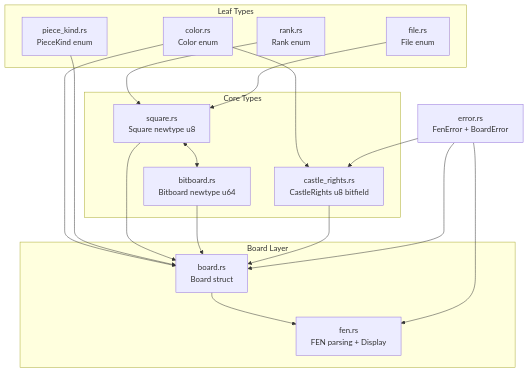
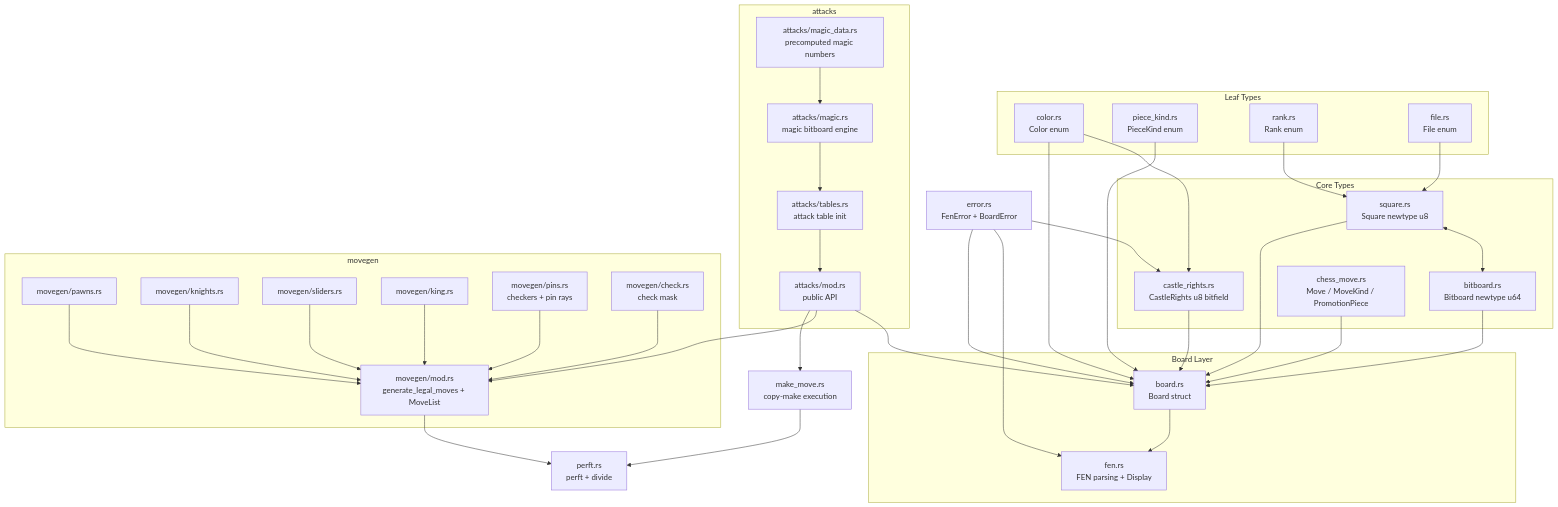
Before and after one commit to CooperBigFoot/cesso: the diagram in crates/cesso-core/README.md, drawn with Mermaid. The commit also changed other lines of this file and 14 other files, not shown here.

First line of the commit message:
feat(core): implement move generation, legality checking, and perft (component 3)

````diff
--- a/crates/cesso-core/README.md
+++ b/crates/cesso-core/README.md
@@ -11,36 +12,74 @@
 ```mermaid
 graph TD
     subgraph Leaf Types
         Color[color.rs<br/>Color enum]
         PieceKind[piece_kind.rs<br/>PieceKind enum]
         Rank[rank.rs<br/>Rank enum]
         File[file.rs<br/>File enum]
     end
 
     subgraph Core Types
         Square[square.rs<br/>Square newtype u8]
         Bitboard[bitboard.rs<br/>Bitboard newtype u64]
         CastleRights[castle_rights.rs<br/>CastleRights u8 bitfield]
+        Move[chess_move.rs<br/>Move / MoveKind / PromotionPiece]
     end
 
     subgraph Board Layer
         Board[board.rs<br/>Board struct]
         FEN[fen.rs<br/>FEN parsing + Display]
     end
 
+    subgraph attacks
+        AttacksMod[attacks/mod.rs<br/>public API]
+        Magic[attacks/magic.rs<br/>magic bitboard engine]
+        Tables[attacks/tables.rs<br/>attack table init]
+        MagicData[attacks/magic_data.rs<br/>precomputed magic numbers]
+    end
+
+    subgraph movegen
+        MovegenMod[movegen/mod.rs<br/>generate_legal_moves + MoveList]
+        Pawns[movegen/pawns.rs]
+        Knights[movegen/knights.rs]
+        Sliders[movegen/sliders.rs]
+        King[movegen/king.rs]
+        Pins[movegen/pins.rs<br/>checkers + pin rays]
+        Check[movegen/check.rs<br/>check mask]
+    end
+
+    MakeMove[make_move.rs<br/>copy-make execution]
+    Perft[perft.rs<br/>perft + divide]
     Error[error.rs<br/>FenError + BoardError]
 
     Rank --> Square
     File --> Square
     Square <--> Bitboard
     Color --> CastleRights
     Color --> Board
     PieceKind --> Board
     Square --> Board
     Bitboard --> Board
     CastleRights --> Board
+    Move --> Board
     Board --> FEN
     Error --> FEN
     Error --> CastleRights
     Error --> Board
+
+    MagicData --> Magic
+    Magic --> Tables
+    Tables --> AttacksMod
+    AttacksMod --> Board
+    AttacksMod --> MovegenMod
+    AttacksMod --> MakeMove
+
+    Pins --> MovegenMod
+    Check --> MovegenMod
+    Pawns --> MovegenMod
+    Knights --> MovegenMod
+    Sliders --> MovegenMod
+    King --> MovegenMod
+
+    MovegenMod --> Perft
+    MakeMove --> Perft
 ```
````
